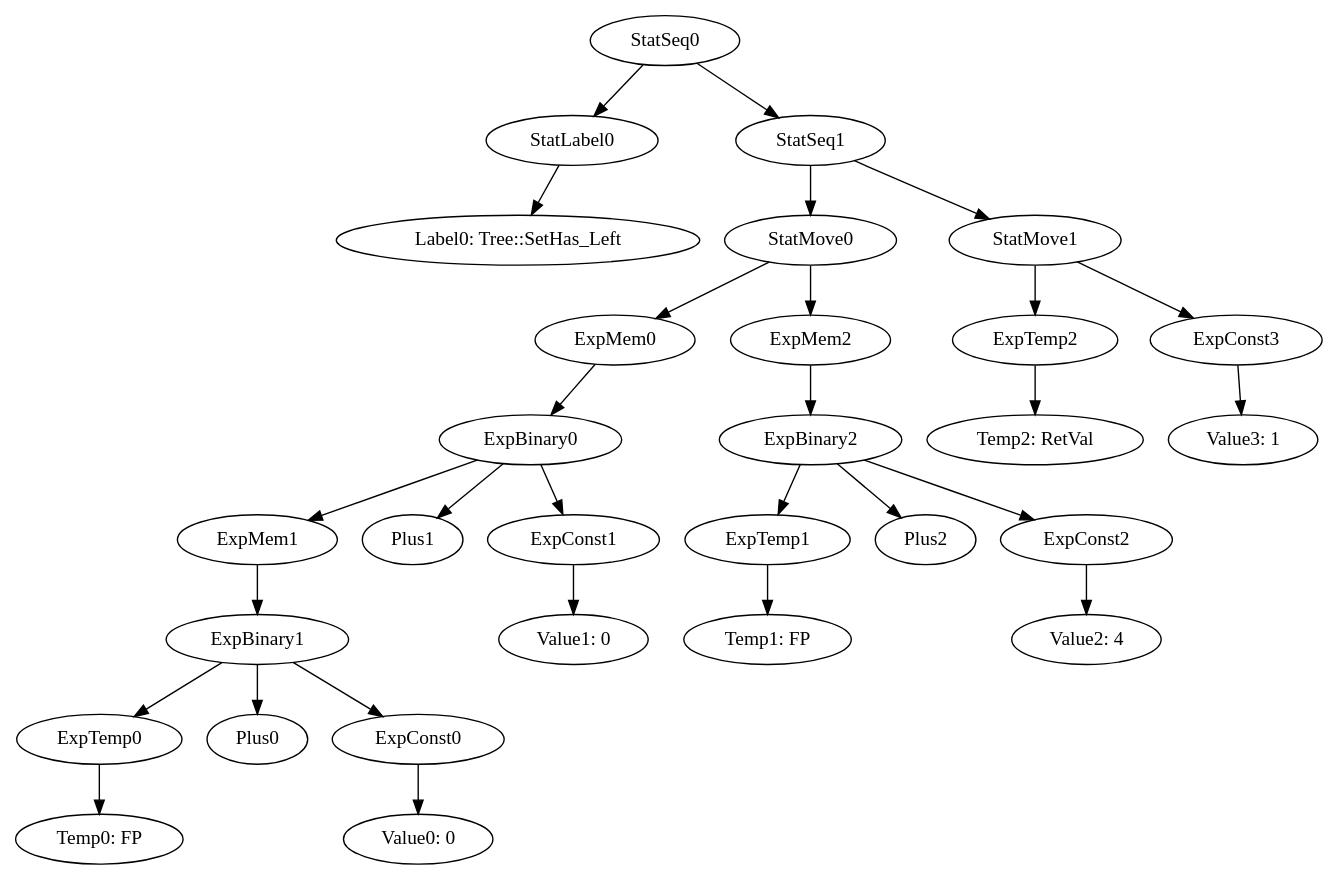
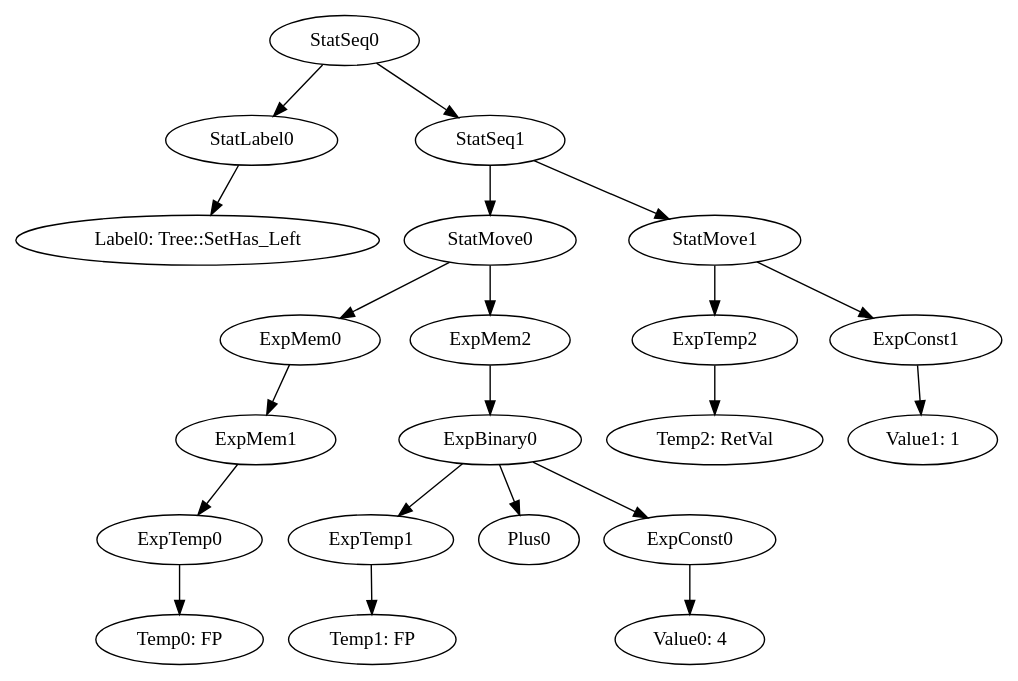
One commit to team-compilers/compilers changed the diagram in MiniJava/results/SamplesCorrect/TreeVisitor/irt_Tree::SetHas_Left.gv. Above: the diagram before and after it, drawn with Graphviz. The commit also changed 138 other files, not shown here.

```diff
--- a/MiniJava/results/SamplesCorrect/TreeVisitor/irt_Tree::SetHas_Left.gv
+++ b/MiniJava/results/SamplesCorrect/TreeVisitor/irt_Tree::SetHas_Left.gv
@@ -1,31 +1,23 @@
 digraph {
 	ordering = out;
+	ExpConst1 -> "Value1: 1";
+	StatMove1 -> ExpTemp2;
+	StatMove1 -> ExpConst1;
 	ExpTemp2 -> "Temp2: RetVal";
-	ExpConst3 -> "Value3: 1";
-	ExpConst2 -> "Value2: 4";
 	StatSeq1 -> StatMove0;
 	StatSeq1 -> StatMove1;
-	ExpBinary2 -> ExpTemp1;
-	ExpBinary2 -> Plus2;
-	ExpBinary2 -> ExpConst2;
-	ExpTemp1 -> "Temp1: FP";
-	StatMove1 -> ExpTemp2;
-	StatMove1 -> ExpConst3;
-	ExpConst1 -> "Value1: 0";
-	ExpMem2 -> ExpBinary2;
+	ExpMem0 -> ExpMem1;
+	ExpMem2 -> ExpBinary0;
 	ExpTemp0 -> "Temp0: FP";
 	StatSeq0 -> StatLabel0;
 	StatSeq0 -> StatSeq1;
 	StatLabel0 -> "Label0: Tree::SetHas_Left";
-	ExpConst0 -> "Value0: 0";
-	ExpMem1 -> ExpBinary1;
-	ExpBinary1 -> ExpTemp0;
-	ExpBinary1 -> Plus0;
-	ExpBinary1 -> ExpConst0;
-	ExpMem0 -> ExpBinary0;
-	ExpBinary0 -> ExpMem1;
-	ExpBinary0 -> Plus1;
-	ExpBinary0 -> ExpConst1;
+	ExpMem1 -> ExpTemp0;
+	ExpConst0 -> "Value0: 4";
 	StatMove0 -> ExpMem0;
 	StatMove0 -> ExpMem2;
+	ExpBinary0 -> ExpTemp1;
+	ExpBinary0 -> Plus0;
+	ExpBinary0 -> ExpConst0;
+	ExpTemp1 -> "Temp1: FP";
 }
```
